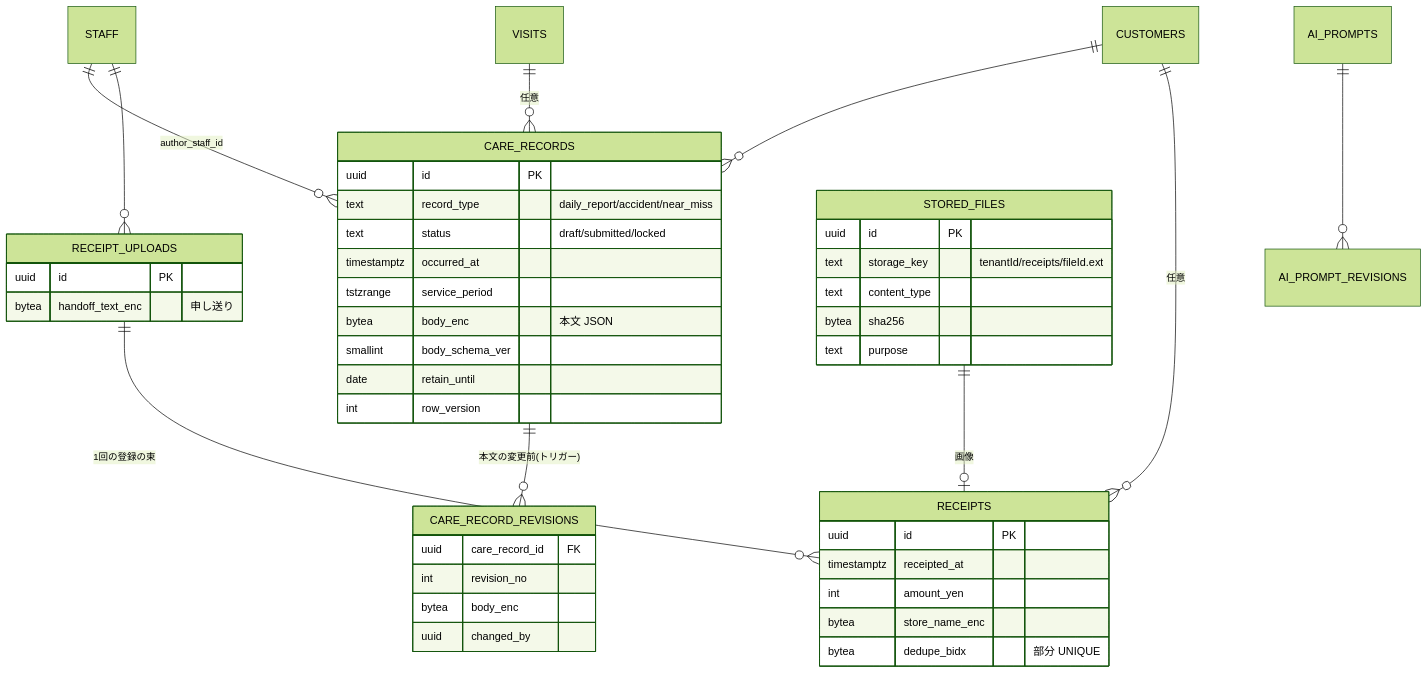
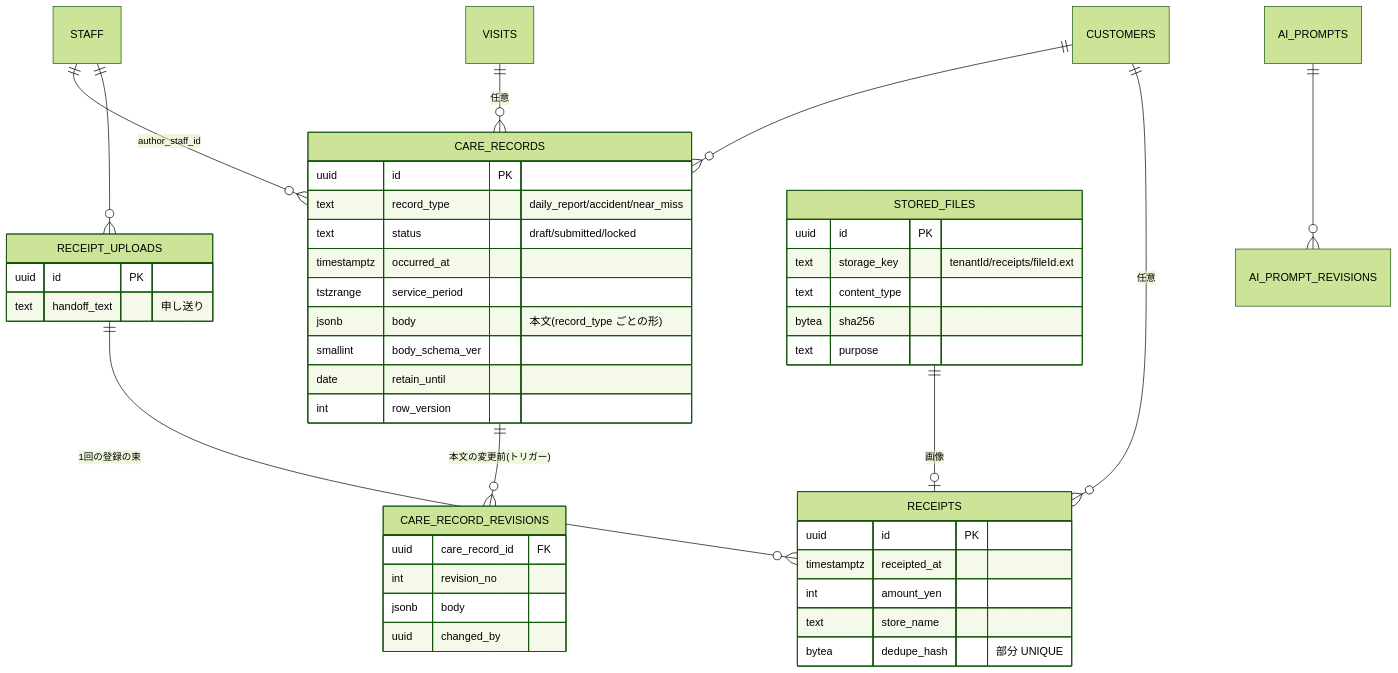
One commit to katahimo-dev/katahimo-app changed the fourth of 5 diagrams in doc/03_データベース設計.md. Above: the diagram before and after it, drawn with Mermaid (forest theme). The commit also changed other lines of this file and 13 other files, not shown here.

````diff
--- a/doc/03_データベース設計.md
+++ b/doc/03_データベース設計.md
@@ -248,48 +243,48 @@
 ```mermaid
 erDiagram
     CUSTOMERS ||--o{ CARE_RECORDS : ""
     STAFF ||--o{ CARE_RECORDS : "author_staff_id"
     VISITS ||--o{ CARE_RECORDS : "任意"
     CARE_RECORDS ||--o{ CARE_RECORD_REVISIONS : "本文の変更前(トリガー)"
     STAFF ||--o{ RECEIPT_UPLOADS : ""
     RECEIPT_UPLOADS ||--o{ RECEIPTS : "1回の登録の束"
     STORED_FILES ||--o| RECEIPTS : "画像"
     CUSTOMERS ||--o{ RECEIPTS : "任意"
     AI_PROMPTS ||--o{ AI_PROMPT_REVISIONS : ""
 
     CARE_RECORDS {
         uuid id PK
         text record_type "daily_report/accident/near_miss"
         text status "draft/submitted/locked"
         timestamptz occurred_at
         tstzrange service_period
-        bytea body_enc "本文 JSON"
+        jsonb body "本文(record_type ごとの形)"
         smallint body_schema_ver
         date retain_until
         int row_version
     }
     CARE_RECORD_REVISIONS {
         uuid care_record_id FK
         int revision_no
-        bytea body_enc
+        jsonb body
         uuid changed_by
     }
     RECEIPT_UPLOADS {
         uuid id PK
-        bytea handoff_text_enc "申し送り"
+        text handoff_text "申し送り"
     }
     RECEIPTS {
         uuid id PK
         timestamptz receipted_at
         int amount_yen
-        bytea store_name_enc
-        bytea dedupe_bidx "部分 UNIQUE"
+        text store_name
+        bytea dedupe_hash "部分 UNIQUE"
     }
     STORED_FILES {
         uuid id PK
         text storage_key "tenantId/receipts/fileId.ext"
         text content_type
         bytea sha256
         text purpose
     }
 ```
````
